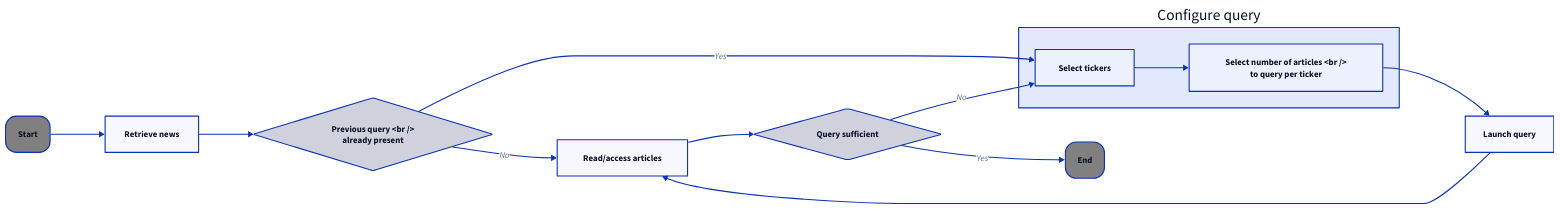
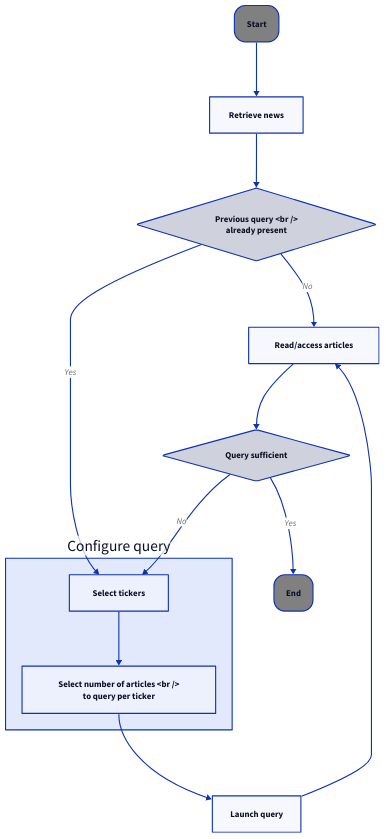
The diagram in docs/assets/news-workflow.d2 (mattcce/equisight), drawn with D2 before and after one commit. The commit also changed 37 other files, not shown here.

```diff
--- a/docs/assets/news-workflow.d2
+++ b/docs/assets/news-workflow.d2
@@ -1,73 +1,73 @@
-direction: right
+direction: down
 
 start: Start {
   shape: rectangle
   style: {
     border-radius: 20
     fill: grey
   }
 }
 
 n1: |md
   Retrieve news
 | {
   shape: rectangle
 }
 
 d2: |md
   Previous query <br />
   already present
 | {
   shape: diamond
 }
 
 n3: |md
   Read/access articles
 | {
   shape: rectangle
 }
 
 g1: Configure query {
   n4: |md
     Select tickers
   | {
     shape: rectangle
   }
 
   n5: |md
     Select number of articles <br />
     to query per ticker
   | {
     shape: rectangle
   }
 
   n4 -> n5
 }
 
 n6: |md
   Launch query
 | {
   shape: rectangle
 }
 
 d7: |md
   Query sufficient
 | {shape: diamond}
 
 end: End {
   shape: rectangle
   style: {
     border-radius: 20
     fill: grey
   }
 }
 
 start -> n1
 n1 -> d2
 d2 -> n3: No
 d2 -> g1.n4: Yes
 n3 -> d7
 g1.n5 -> n6
 n6 -> n3
 d7 -> end: Yes
 d7 -> g1.n4: No
```
